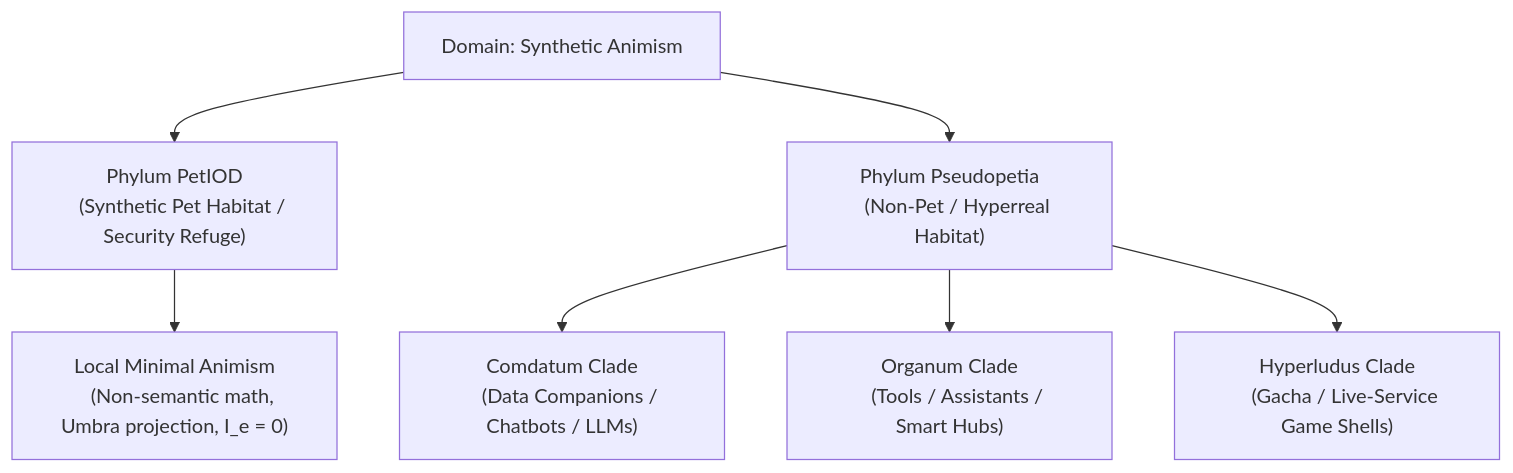
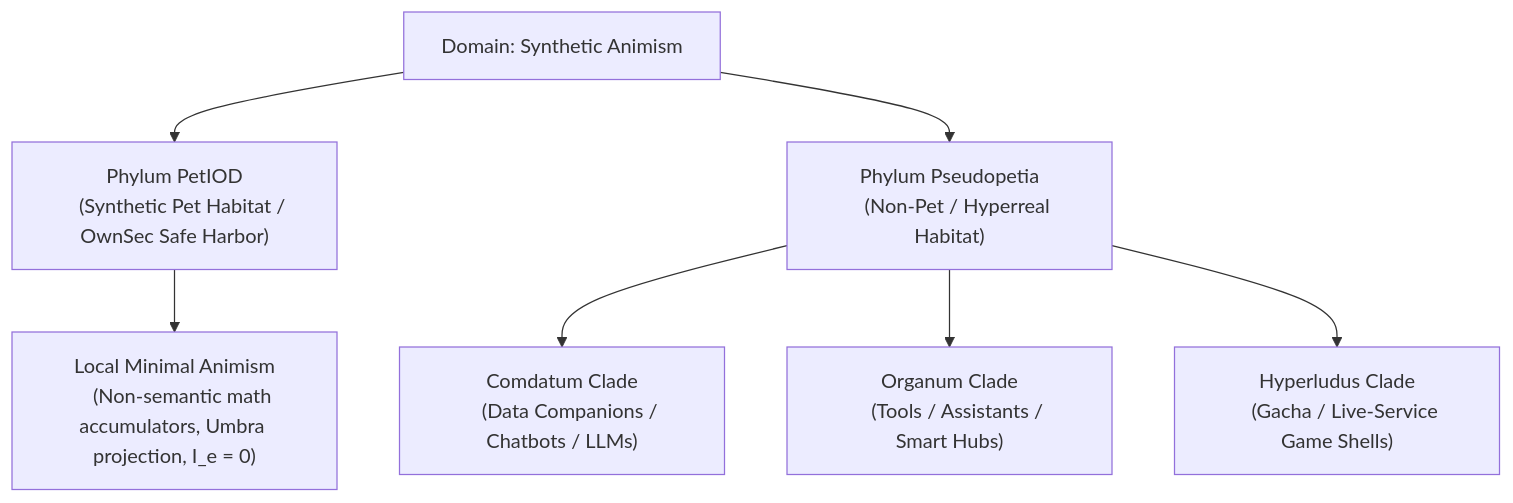
Before and after one commit to zetathix/petiod: the first of 3 diagrams in README.md, drawn with Mermaid. The commit also changed other lines of this file, not shown here.

````diff
--- a/README.md
+++ b/README.md
@@ -16,20 +16,20 @@
 ```mermaid
 graph TD
     Domain["Domain: Synthetic Animism"]
     
     Domain --> Clade1["Phylum PetIOD
-    (Synthetic Pet Habitat / Security Refuge)"]
+    (Synthetic Pet Habitat / OwnSec Safe Harbor)"]
     Domain --> Clade2["Phylum Pseudopetia
     (Non-Pet / Hyperreal Habitat)"]
     
     Clade1 --> Pet1["Local Minimal Animism
-    (Non-semantic math, Umbra projection, I_e = 0)"]
+    (Non-semantic math accumulators, Umbra projection, I_e = 0)"]
     
     Clade2 --> NonPet1["Comdatum Clade
     (Data Companions / Chatbots / LLMs)"]
     Clade2 --> NonPet2["Organum Clade
     (Tools / Assistants / Smart Hubs)"]
     Clade2 --> NonPet3["Hyperludus Clade
     (Gacha / Live-Service Game Shells)"]
 
 ```
````
